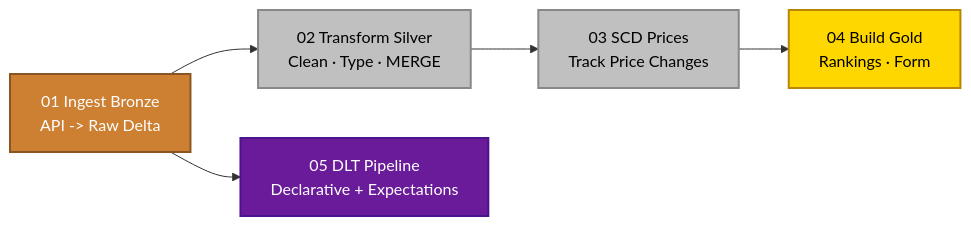
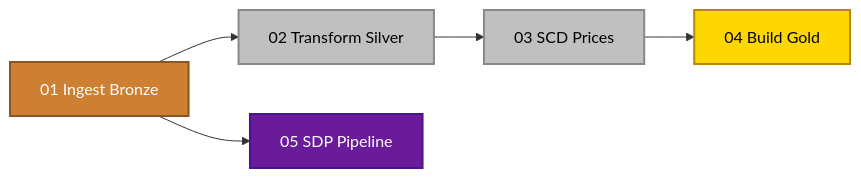
The second of 2 diagrams in README.md (rapaugustino/fpl-databricks-project), drawn with Mermaid before and after one commit. The commit also changed other lines of this file and 7 other files, not shown here.

````diff
--- a/README.md
+++ b/README.md
@@ -166,16 +159,16 @@
 ```mermaid
 flowchart LR
     classDef bronze fill:#cd7f32,color:#fff,stroke:#8a5522,stroke-width:2px
     classDef silver fill:#c0c0c0,color:#000,stroke:#888,stroke-width:2px
     classDef gold fill:#ffd700,color:#000,stroke:#b8860b,stroke-width:2px
     classDef pipeline fill:#6a1b9a,color:#fff,stroke:#4a148c,stroke-width:2px
 
-    T1["01 Ingest Bronze<br>API -> Raw Delta"]:::bronze
-    T2["02 Transform Silver<br>Clean · Type · MERGE"]:::silver
-    T3["03 SCD Prices<br>Track Price Changes"]:::silver
-    T4["04 Build Gold<br>Rankings · Form"]:::gold
-    T5["05 DLT Pipeline<br>Declarative + Expectations"]:::pipeline
+    T1["01 Ingest Bronze"]:::bronze
+    T2["02 Transform Silver"]:::silver
+    T3["03 SCD Prices"]:::silver
+    T4["04 Build Gold"]:::gold
+    T5["05 SDP Pipeline"]:::pipeline
 
     T1 --> T2 --> T3 --> T4
     T1 --> T5
 ```
````
